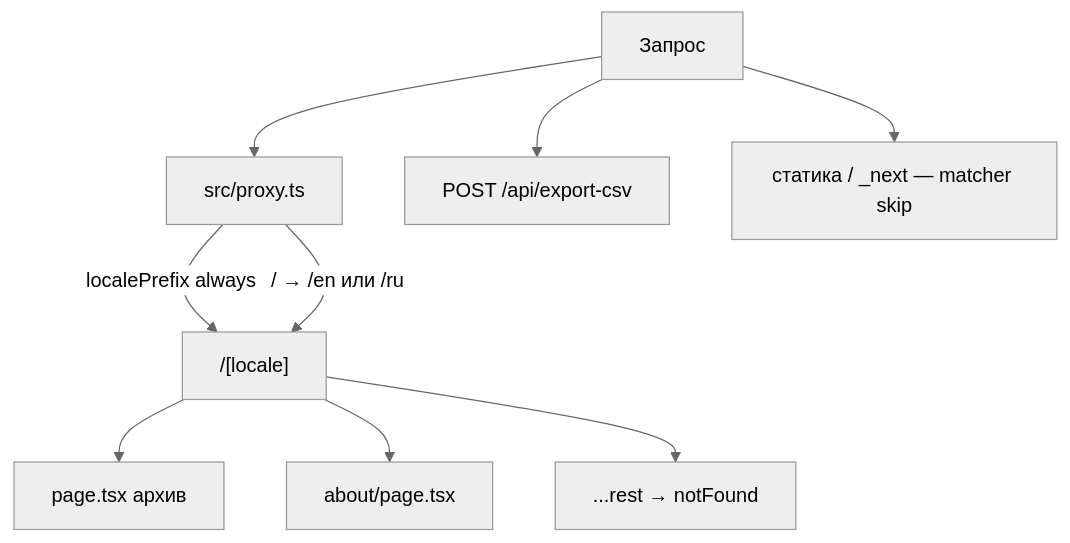
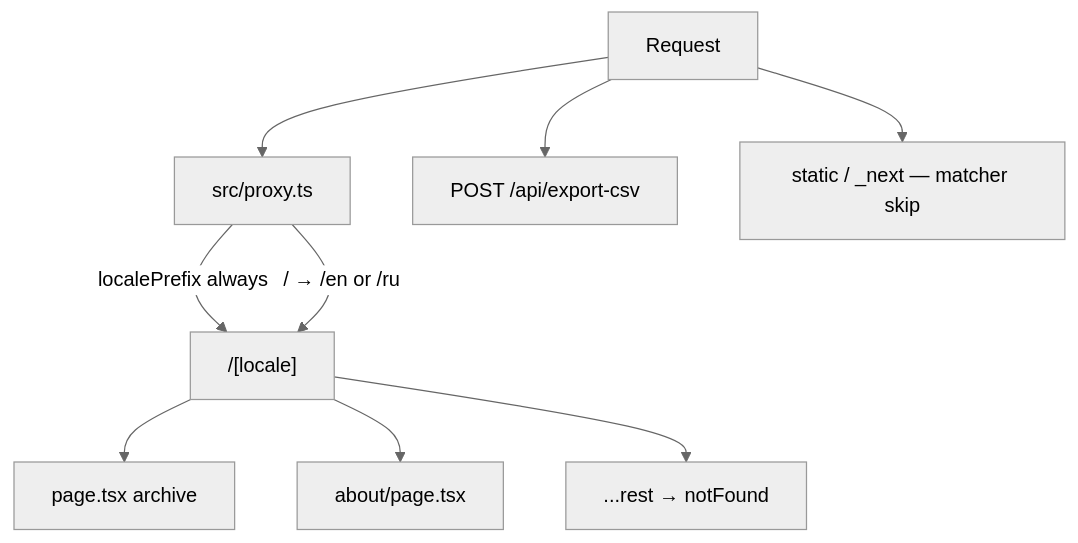
Before and after one commit to theFoxTale/hogwarts-archive: the first of 2 diagrams in README.md, drawn with Mermaid (neutral theme). The commit also changed other lines of this file and 1 other file, not shown here.

````diff
--- a/README.md
+++ b/README.md
@@ -65,11 +67,11 @@
 ```mermaid
 flowchart TD
-  request["Запрос"] --> proxy["src/proxy.ts"]
+  request["Request"] --> proxy["src/proxy.ts"]
   proxy -->|"localePrefix always"| locale["/[locale]"]
-  proxy -->|"/ → /en или /ru"| locale
-  locale --> home["page.tsx архив"]
+  proxy -->|"/ → /en or /ru"| locale
+  locale --> home["page.tsx archive"]
   locale --> about["about/page.tsx"]
   locale --> rest["...rest → notFound"]
   request --> api["POST /api/export-csv"]
-  request --> files["статика / _next — matcher skip"]
+  request --> files["static / _next — matcher skip"]
 ```
````
